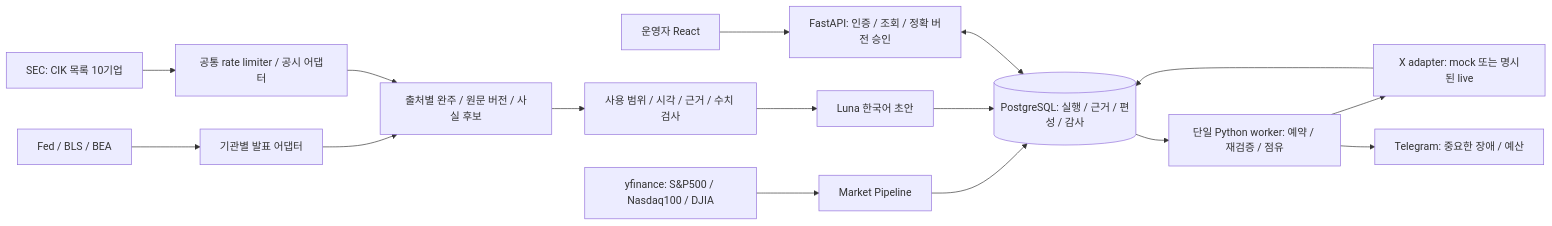
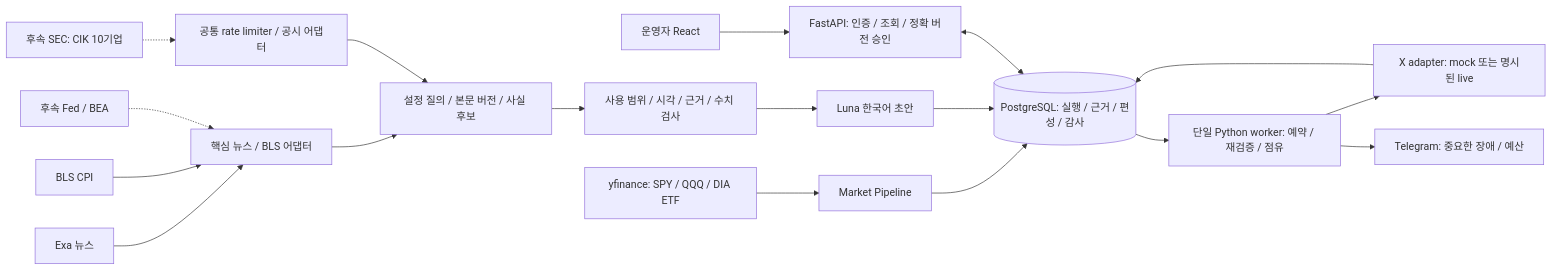
One commit to luvulmi/xfolio changed the first of 3 diagrams in docs/specifications/시스템_구성과_주요_시퀀스.md. Above: the diagram before and after it, drawn with Mermaid. The commit also changed other lines of this file and 24 other files, not shown here.

````diff
--- a/docs/specifications/시스템_구성과_주요_시퀀스.md
+++ b/docs/specifications/시스템_구성과_주요_시퀀스.md
@@ -8,18 +9,20 @@
 ```mermaid
 flowchart LR
-  Y["yfinance: S&P500 / Nasdaq100 / DJIA"] --> M["Market Pipeline"]
-  F["Fed / BLS / BEA"] --> N["기관별 발표 어댑터"]
-  S["SEC: CIK 목록 10기업"] --> E["공통 rate limiter / 공시 어댑터"]
-  N --> C["출처별 완주 / 원문 버전 / 사실 후보"]
+  Y["yfinance: SPY / QQQ / DIA ETF"] --> M["Market Pipeline"]
+  Q["Exa 뉴스"] --> N["핵심 뉴스 / BLS 어댑터"]
+  F["BLS CPI"] --> N
+  O["후속 Fed / BEA"] -.-> N
+  S["후속 SEC: CIK 10기업"] -.-> E["공통 rate limiter / 공시 어댑터"]
+  N --> C["설정 질의 / 본문 버전 / 사실 후보"]
   E --> C
   C --> V["사용 범위 / 시각 / 근거 / 수치 검사"]
   V --> L["Luna 한국어 초안"]
   M --> D[("PostgreSQL: 실행 / 근거 / 편성 / 감사")]
   L --> D
   U["운영자 React"] --> A["FastAPI: 인증 / 조회 / 정확 버전 승인"]
   A <--> D
   D --> W["단일 Python worker: 예약 / 재검증 / 점유"]
   W --> X["X adapter: mock 또는 명시된 live"]
   W --> T["Telegram: 중요한 장애 / 예산"]
   X --> D
 ```
````
